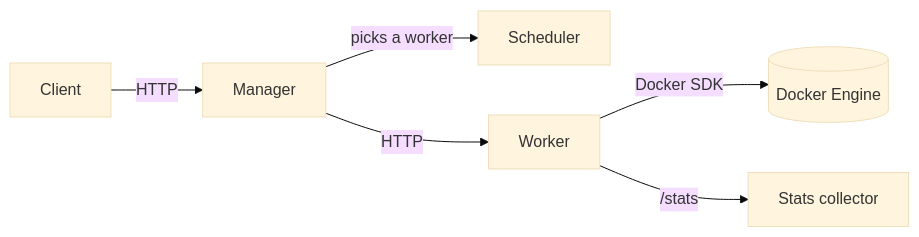
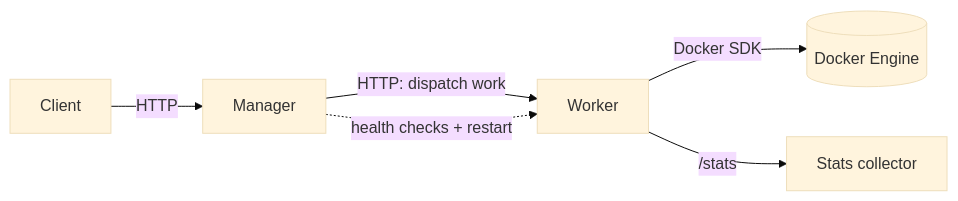
One commit to Izenberk/cube-orchestrator changed the diagram in README.md. Above: the diagram before and after it, drawn with Mermaid (base theme). The commit also changed other lines of this file, not shown here.

````diff
--- a/README.md
+++ b/README.md
@@ -30,8 +25,8 @@
 ```mermaid
 flowchart LR
     Client -->|HTTP| Manager
-    Manager -->|picks a worker| Scheduler
-    Manager -->|HTTP| Worker
+    Manager -->|HTTP: dispatch work| Worker
+    Manager -.->|health checks + restart| Worker
     Worker -->|Docker SDK| Docker[(Docker Engine)]
     Worker -->|/stats| Stats[Stats collector]
 ```
````
